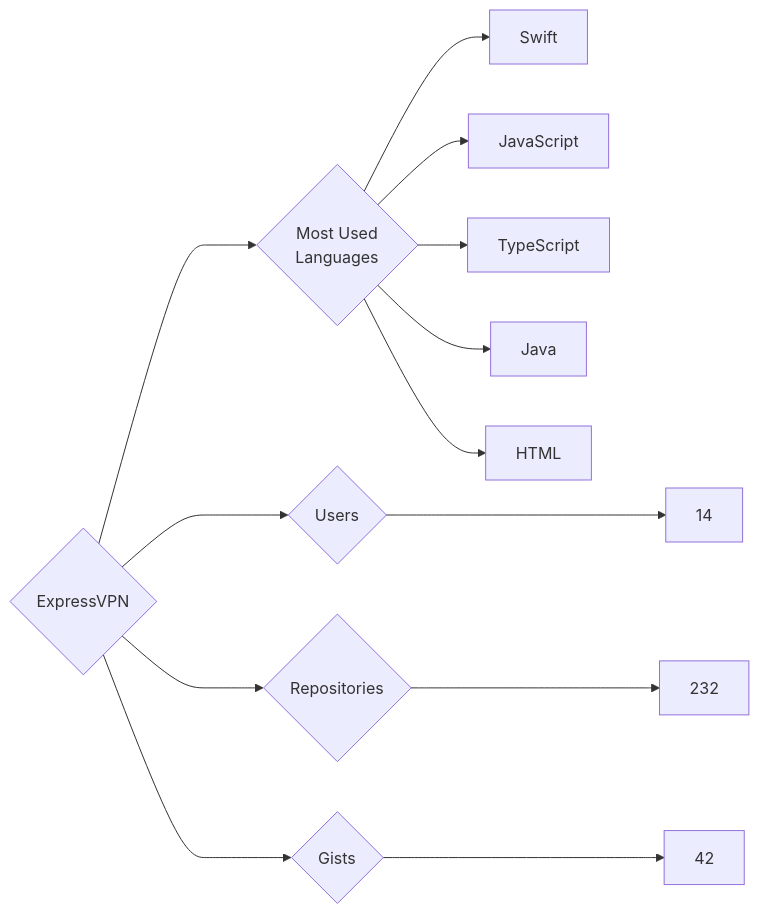
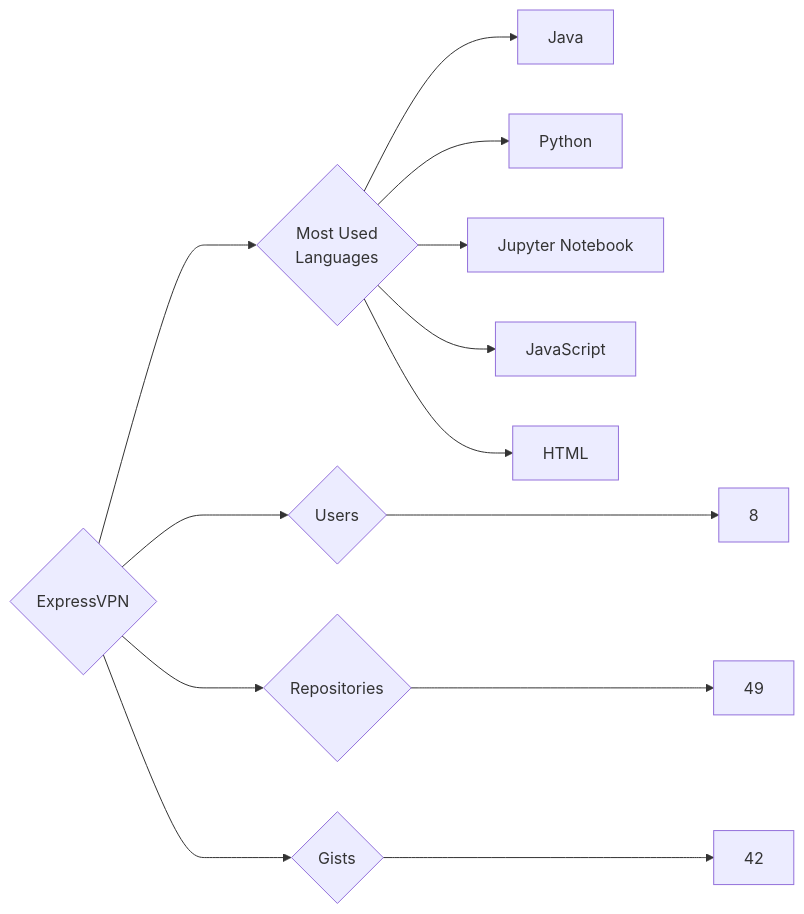
The diagram in targets/ExpressVPN/README.md (trickest/insiders), drawn with Mermaid before and after one commit. The commit also changed 736 other files, not shown here.

````diff
--- a/targets/ExpressVPN/README.md
+++ b/targets/ExpressVPN/README.md
@@ -3,13 +3,13 @@
 ```mermaid
 graph LR
 COMPANY_NAME{ExpressVPN}
-COMPANY_NAME ---> U{Users} ---> UN[14]
-COMPANY_NAME ---> R{Repositories} ---> RN[232]
+COMPANY_NAME ---> U{Users} ---> UN[8]
+COMPANY_NAME ---> R{Repositories} ---> RN[49]
 COMPANY_NAME ---> G{Gists} ---> GN[42]
 COMPANY_NAME ---> ML{Most Used<br>Languages}
-ML --> Swift[Swift]
+ML --> Java[Java]
+ML --> Python[Python]
+ML --> Jupyter_Notebook[Jupyter Notebook]
 ML --> JavaScript[JavaScript]
-ML --> TypeScript[TypeScript]
-ML --> Java[Java]
 ML --> HTML[HTML]
 ```
````
